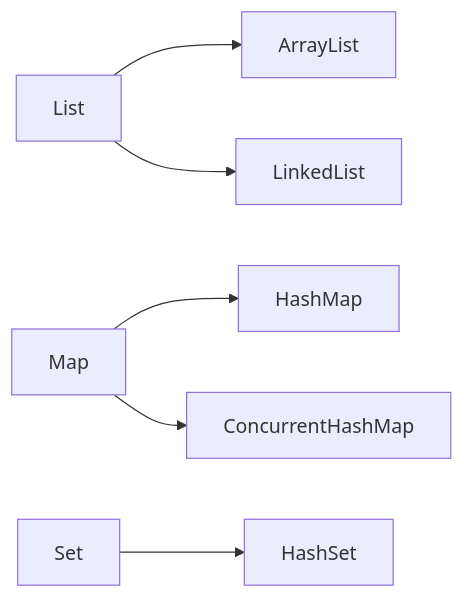
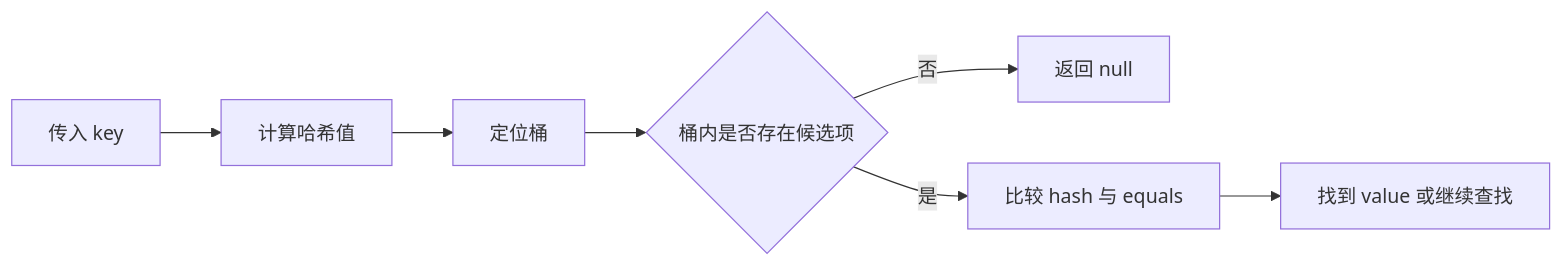
Before and after one commit to wuyoueeee/CS-Job-Guide: the diagram in docs/基础知识/Java基础与集合高频面试题.md, drawn with Mermaid. The commit also changed other lines of this file and 9 other files, not shown here.

````diff
--- a/docs/基础知识/Java基础与集合高频面试题.md
+++ b/docs/基础知识/Java基础与集合高频面试题.md
@@ -59,8 +64,9 @@
 ```mermaid
 flowchart LR
-    A[List] --> B[ArrayList]
-    A --> C[LinkedList]
-    D[Map] --> E[HashMap]
-    D --> F[ConcurrentHashMap]
-    G[Set] --> H[HashSet]
+    A["传入 key"] --> B["计算哈希值"]
+    B --> C["定位桶"]
+    C --> D{"桶内是否存在候选项"}
+    D -->|否| E["返回 null"]
+    D -->|是| F["比较 hash 与 equals"]
+    F --> G["找到 value 或继续查找"]
 ```
````
